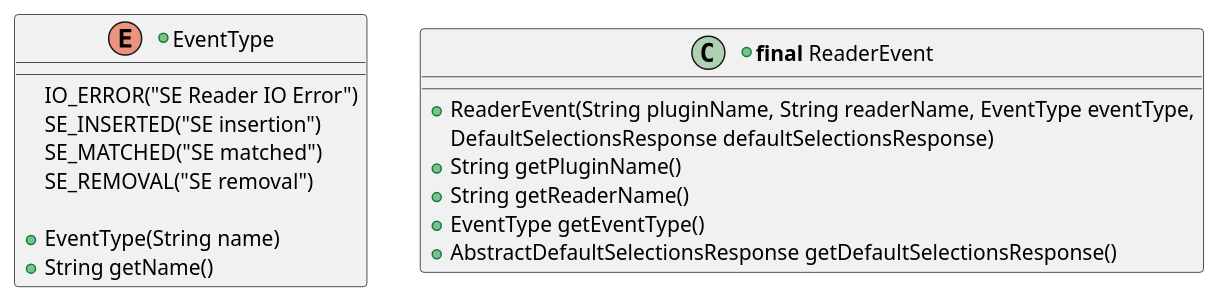
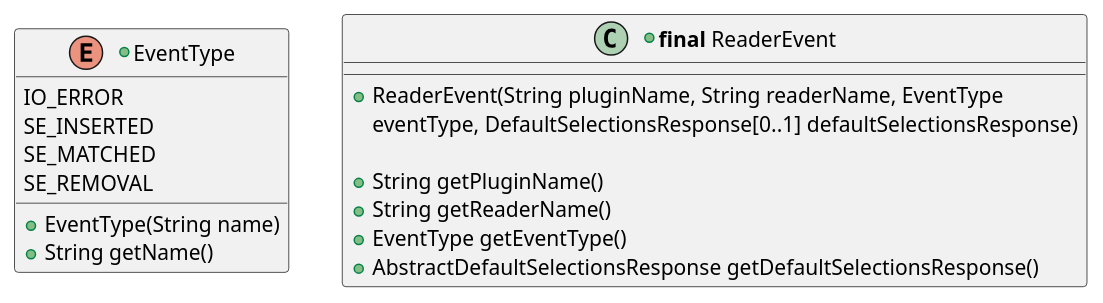
Diagram 30 of 42 in src/KeypleCoreApi/ApplicationApi/puml/KeypleCore-ApplicationApi-ClassDiag-SE_Proxy-ClassElements.iuml (calypsonet/keyple), drawn with PlantUML before and after one commit. The commit also changed other lines of this file and 36 other files, not shown here.

```diff
--- a/src/KeypleCoreApi/ApplicationApi/puml/KeypleCore-ApplicationApi-ClassDiag-SE_Proxy-ClassElements.iuml
+++ b/src/KeypleCoreApi/ApplicationApi/puml/KeypleCore-ApplicationApi-ClassDiag-SE_Proxy-ClassElements.iuml
@@ -316,20 +343,20 @@
 @startuml(id=SEPROXY_EVENTREADER)
 +enum "EventType" as EventType_Reader {
-  IO_ERROR("SE Reader IO Error")
-  SE_INSERTED("SE insertion")
-  SE_MATCHED("SE matched")
-  SE_REMOVAL("SE removal")
-
+  IO_ERROR
+  SE_INSERTED
+  SE_MATCHED
+  SE_REMOVAL
   +EventType(String name)
   +String getName()
 }
 
 +class "<b>final</b> ReaderEvent" as ReaderEvent {
-  +ReaderEvent(String pluginName, String readerName, EventType eventType,
-    DefaultSelectionsResponse defaultSelectionsResponse)
+  +ReaderEvent(String pluginName, String readerName, EventType
+  eventType, DefaultSelectionsResponse[0..1] defaultSelectionsResponse)
+
   +String getPluginName()
   +String getReaderName()
   +EventType getEventType()
   +AbstractDefaultSelectionsResponse getDefaultSelectionsResponse()
 }
 @enduml
```
